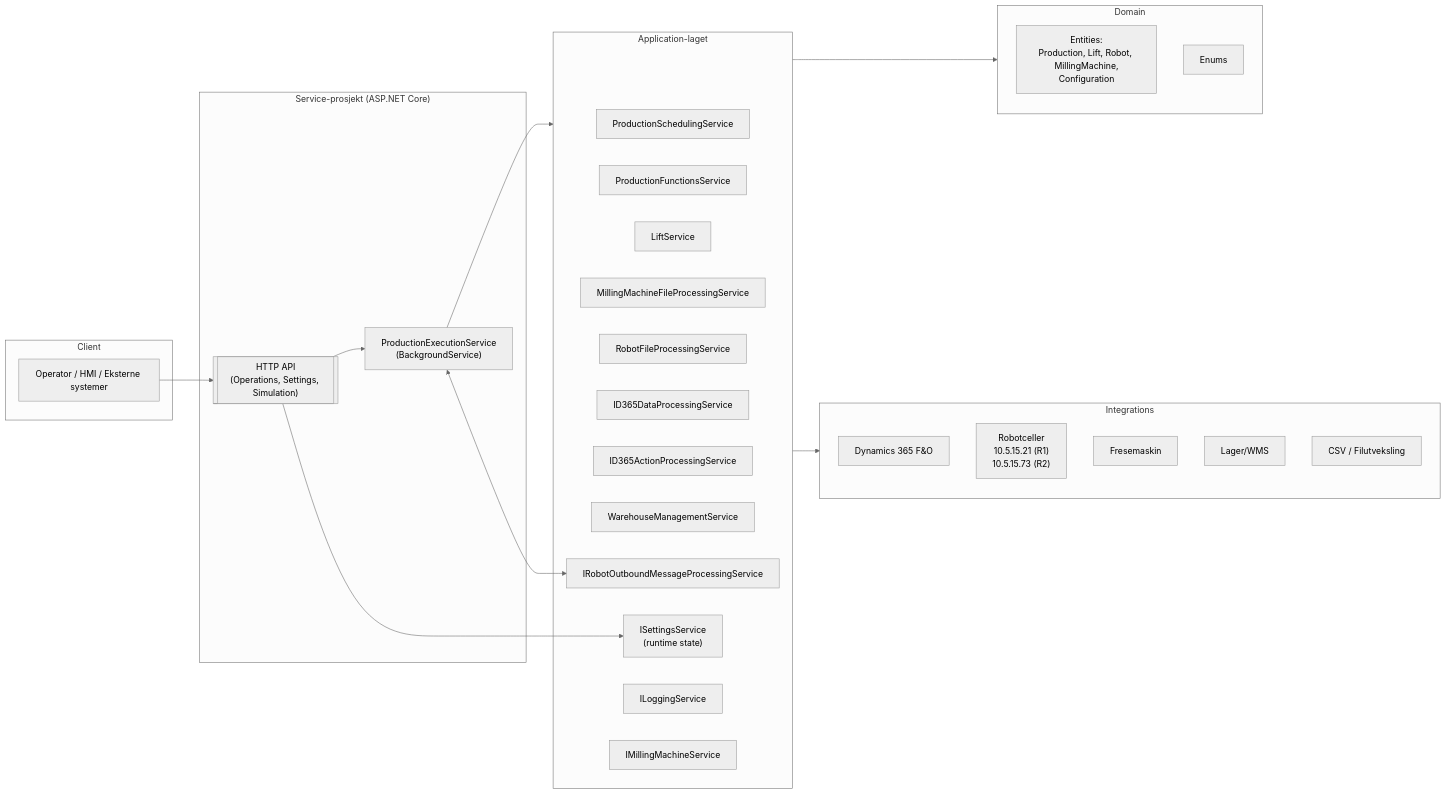
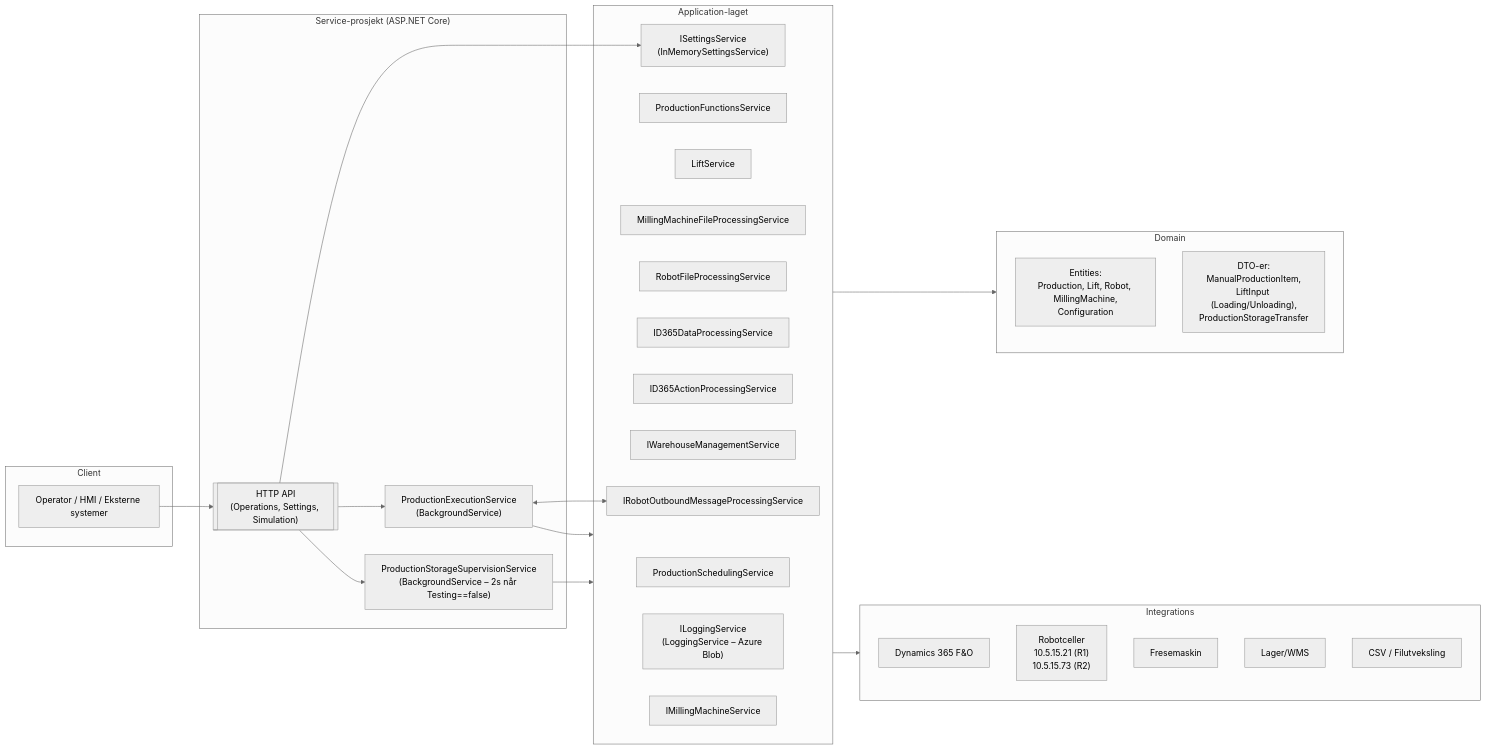
Before and after one commit to CanerKaba/Garage: the first of 2 diagrams in README.md, drawn with Mermaid (neutral theme). The commit also changed other lines of this file, not shown here.

````diff
--- a/README.md
+++ b/README.md
@@ -34,47 +51,50 @@
 ```mermaid
 flowchart LR
     subgraph Client
       Operator["Operator / HMI / Eksterne systemer"]
     end
 
     subgraph Service["Service-prosjekt (ASP.NET Core)"]
-      API[["HTTP API\n(Operations, Settings, Simulation)"]]
-      Hosted["ProductionExecutionService\n(BackgroundService)"]
+      API[["HTTP API<br/>(Operations, Settings, Simulation)"]]
+      ExecSvc["ProductionExecutionService<br/>(BackgroundService)"]
+      ProdStorageSup["ProductionStorageSupervisionService<br/>(BackgroundService – 2s når Testing==false)"]
     end
 
     subgraph Application["Application-laget"]
       Sched["ProductionSchedulingService"]
       ProdFx["ProductionFunctionsService"]
       LiftSvc["LiftService"]
       MillFile["MillingMachineFileProcessingService"]
       RobFile["RobotFileProcessingService"]
       D365Data["ID365DataProcessingService"]
       D365Act["ID365ActionProcessingService"]
-      WMS["WarehouseManagementService"]
+      WMS["IWarehouseManagementService"]
       IO["IRobotOutboundMessageProcessingService"]
-      Settings["ISettingsService\n(runtime state)"]
-      Log["ILoggingService"]
+      Settings["ISettingsService<br/>(InMemorySettingsService)"]
+      Log["ILoggingService<br/>(LoggingService – Azure Blob)"]
       MillSvc["IMillingMachineService"]
     end
 
     subgraph Domain
-      Entities["Entities:\nProduction, Lift, Robot, MillingMachine,\nConfiguration"]
-      Enums["Enums"]
+      Entities["Entities:<br/>Production, Lift, Robot, MillingMachine,<br/>Configuration"]
+      DTOs["DTO-er:<br/>ManualProductionItem,<br/>LiftInput (Loading/Unloading),<br/>ProductionStorageTransfer"]
     end
 
     subgraph Integrations
       D365["Dynamics 365 F&O"]
-      Robots["Robotceller\n10.5.15.21 (R1)\n10.5.15.73 (R2)"]
+      Robots["Robotceller<br/>10.5.15.21 (R1)<br/>10.5.15.73 (R2)"]
       Milling["Fresemaskin"]
       Storage["Lager/WMS"]
       Files["CSV / Filutveksling"]
     end
 
     Operator --> API
     API --> Settings
-    API --> Hosted
-    Hosted --> Application
+    API --> ExecSvc
+    API --> ProdStorageSup
+    ExecSvc --> Application
+    ProdStorageSup --> Application
     Application --> Domain
     Application --> Integrations
-    Hosted <--> IO
+    ExecSvc <--> IO
 ```
````
